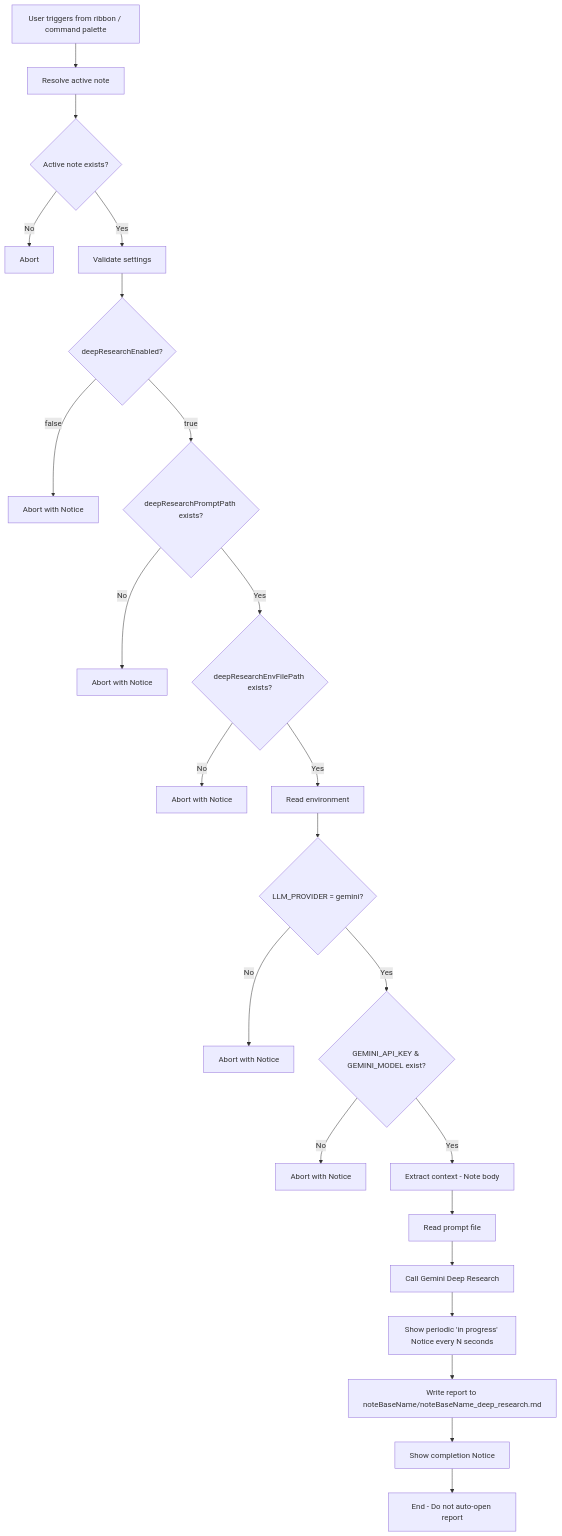
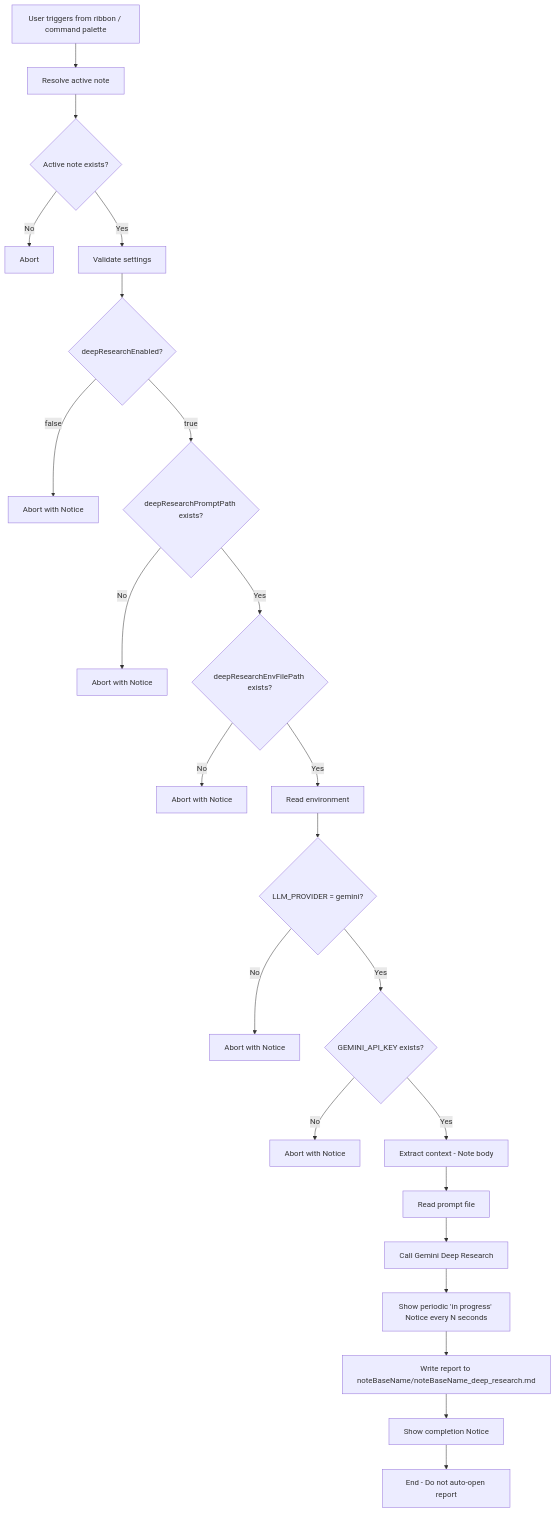
The diagram in README.md (KunihiroS/note-deep-researcher), drawn with Mermaid before and after one commit. The commit also changed other lines of this file and 2 other files, not shown here.

````diff
--- a/README.md
+++ b/README.md
@@ -197,28 +200,28 @@
 ```mermaid
 flowchart TD
     A[User triggers from ribbon / command palette] --> B[Resolve active note]
     B --> C{Active note exists?}
     C -->|No| D[Abort]
     C -->|Yes| E[Validate settings]
     
     E --> F{deepResearchEnabled?}
     F -->|false| G[Abort with Notice]
     F -->|true| H{deepResearchPromptPath exists?}
     H -->|No| I[Abort with Notice]
     H -->|Yes| J{deepResearchEnvFilePath exists?}
     J -->|No| K[Abort with Notice]
     J -->|Yes| L[Read environment]
     
     L --> M{LLM_PROVIDER = gemini?}
     M -->|No| N[Abort with Notice]
-    M -->|Yes| O{GEMINI_API_KEY & GEMINI_MODEL exist?}
+    M -->|Yes| O{GEMINI_API_KEY exists?}
     O -->|No| P[Abort with Notice]
     O -->|Yes| Q[Extract context - Note body]
     
     Q --> R[Read prompt file]
     R --> S[Call Gemini Deep Research]
     S --> T[Show periodic 'in progress' Notice every N seconds]
     T --> U[Write report to noteBaseName/noteBaseName_deep_research.md]
     U --> V[Show completion Notice]
     V --> W[End - Do not auto-open report]
 ```
````
